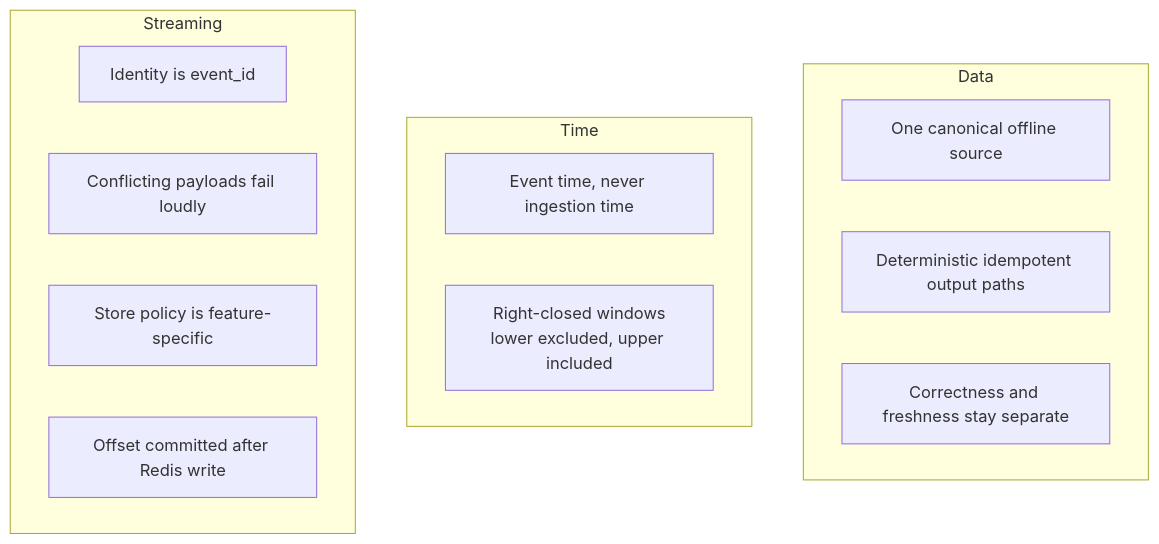
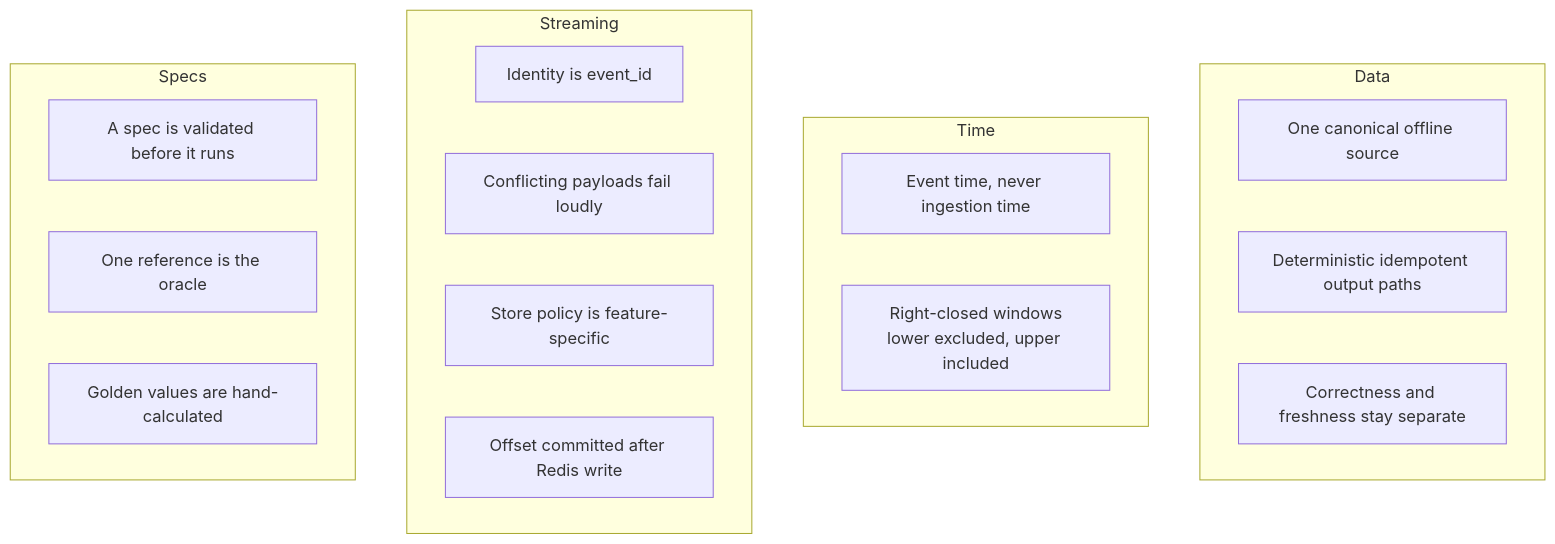
Before and after one commit to oster-dev/featureforge: the second of 3 diagrams in CONTRIBUTING.md, drawn with Mermaid. The commit also changed other lines of this file and 4 other files, not shown here.

Commit message:
docs: update README, ARCHITECTURE, CONTRIBUTING, blueprint and demo with the spec engine

````diff
--- a/CONTRIBUTING.md
+++ b/CONTRIBUTING.md
@@ -97,18 +111,23 @@
 ```mermaid
 flowchart TD
     subgraph Data
         C1[One canonical offline source]
         C2[Deterministic idempotent output paths]
         C3[Correctness and freshness stay separate]
     end
     subgraph Time
         T1[Event time, never ingestion time]
         T2[Right-closed windows<br/>lower excluded, upper included]
     end
     subgraph Streaming
         S1[Identity is event_id]
         S2[Conflicting payloads fail loudly]
         S3[Store policy is feature-specific]
         S4[Offset committed after Redis write]
     end
+    subgraph Specs
+        P1[A spec is validated before it runs]
+        P2[One reference is the oracle]
+        P3[Golden values are hand-calculated]
+    end
 ```
````
